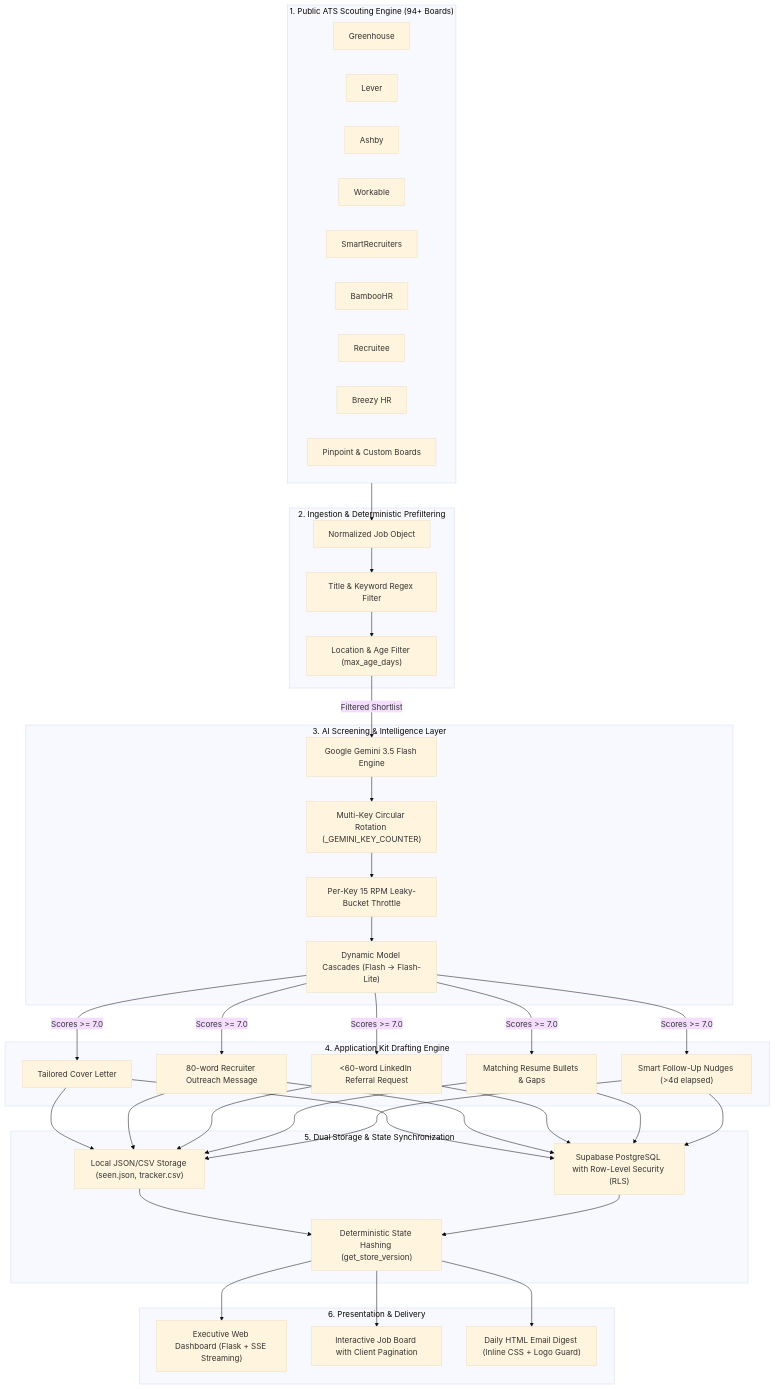
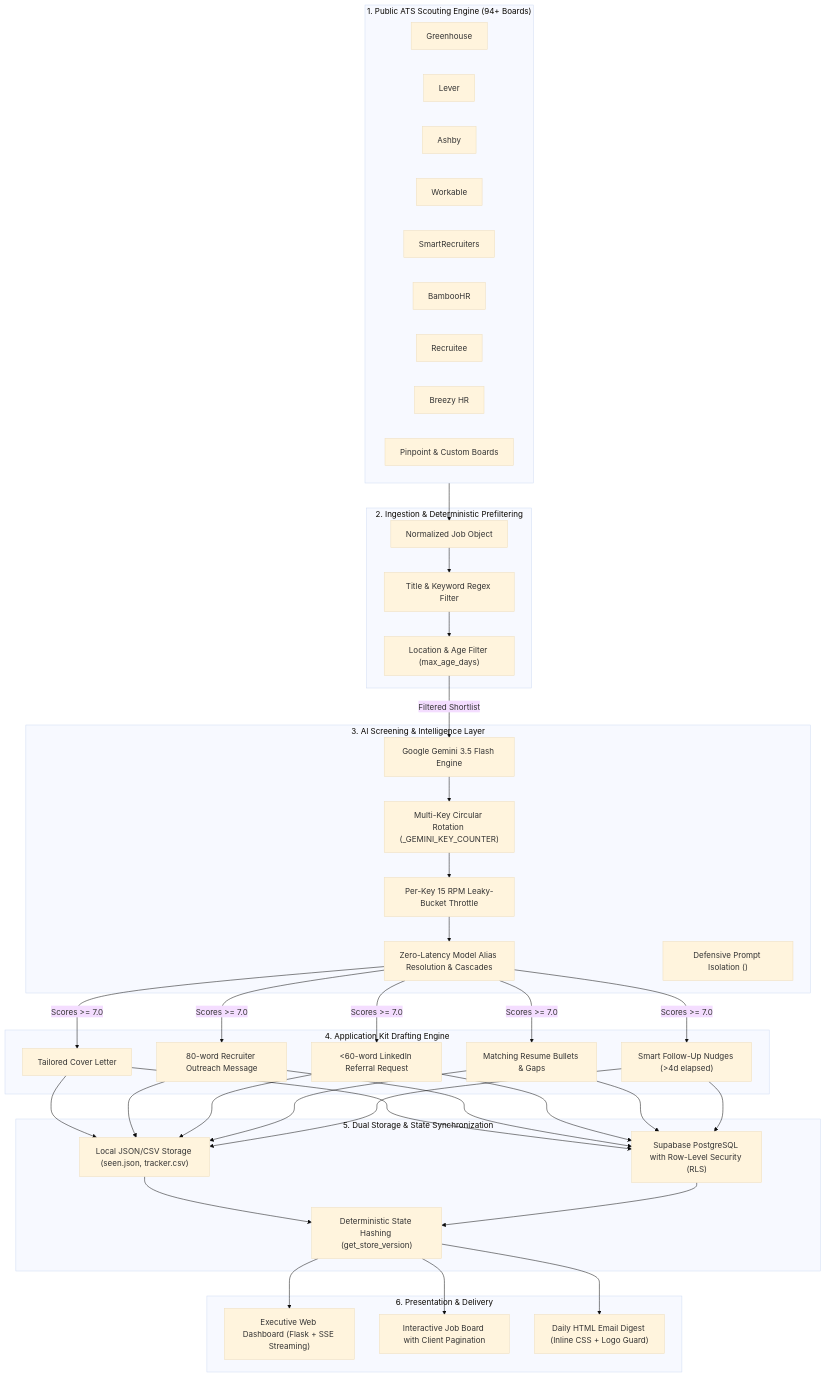
The diagram in docs/ARCHITECTURE.md (tanish-jain-225/job-hunter), drawn with Mermaid (base theme) before and after one commit. The commit also changed other lines of this file and 25 other files, not shown here.

````diff
--- a/docs/ARCHITECTURE.md
+++ b/docs/ARCHITECTURE.md
@@ -27,47 +27,48 @@
 ```mermaid
 flowchart TD
     subgraph S1["1. Public ATS Scouting Engine (94+ Boards)"]
         A1["Greenhouse"] & A2["Lever"] & A3["Ashby"]
         A4["Workable"] & A5["SmartRecruiters"] & A6["BambooHR"]
         A7["Recruitee"] & A8["Breezy HR"] & A9["Pinpoint & Custom Boards"]
     end
 
     subgraph S2["2. Ingestion & Deterministic Prefiltering"]
         B1["Normalized Job Object"]
         B2["Title & Keyword Regex Filter"]
         B3["Location & Age Filter (max_age_days)"]
     end
 
     subgraph S3["3. AI Screening & Intelligence Layer"]
         C1["Google Gemini 3.5 Flash Engine"]
         C2["Multi-Key Circular Rotation (_GEMINI_KEY_COUNTER)"]
         C3["Per-Key 15 RPM Leaky-Bucket Throttle"]
-        C4["Dynamic Model Cascades (Flash -> Flash-Lite)"]
+        C4["Zero-Latency Model Alias Resolution & Cascades"]
+        C5["Defensive Prompt Isolation (<untrusted_job_description>)"]
     end
 
     subgraph S4["4. Application Kit Drafting Engine"]
         D1["Tailored Cover Letter"]
         D2["80-word Recruiter Outreach Message"]
         D3["<60-word LinkedIn Referral Request"]
         D4["Matching Resume Bullets & Gaps"]
         D5["Smart Follow-Up Nudges (>4d elapsed)"]
     end
 
     subgraph S5["5. Dual Storage & State Synchronization"]
         E1["Local JSON/CSV Storage (seen.json, tracker.csv)"]
         E2["Supabase PostgreSQL with Row-Level Security (RLS)"]
         E3["Deterministic State Hashing (get_store_version)"]
     end
 
     subgraph S6["6. Presentation & Delivery"]
         F1["Executive Web Dashboard (Flask + SSE Streaming)"]
         F2["Interactive Job Board with Client Pagination"]
         F3["Daily HTML Email Digest (Inline CSS + Logo Guard)"]
     end
 
     S1 --> B1 --> B2 --> B3
     B3 -->|Filtered Shortlist| C1 --> C2 --> C3 --> C4
     C4 -->|Scores >= 7.0| D1 & D2 & D3 & D4 & D5
     D1 & D2 & D3 & D4 & D5 --> E1 & E2 --> E3
     E3 --> F1 & F2 & F3
 ```
````
